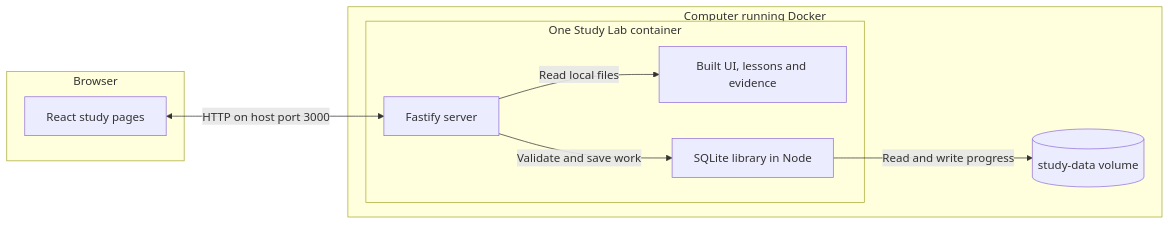
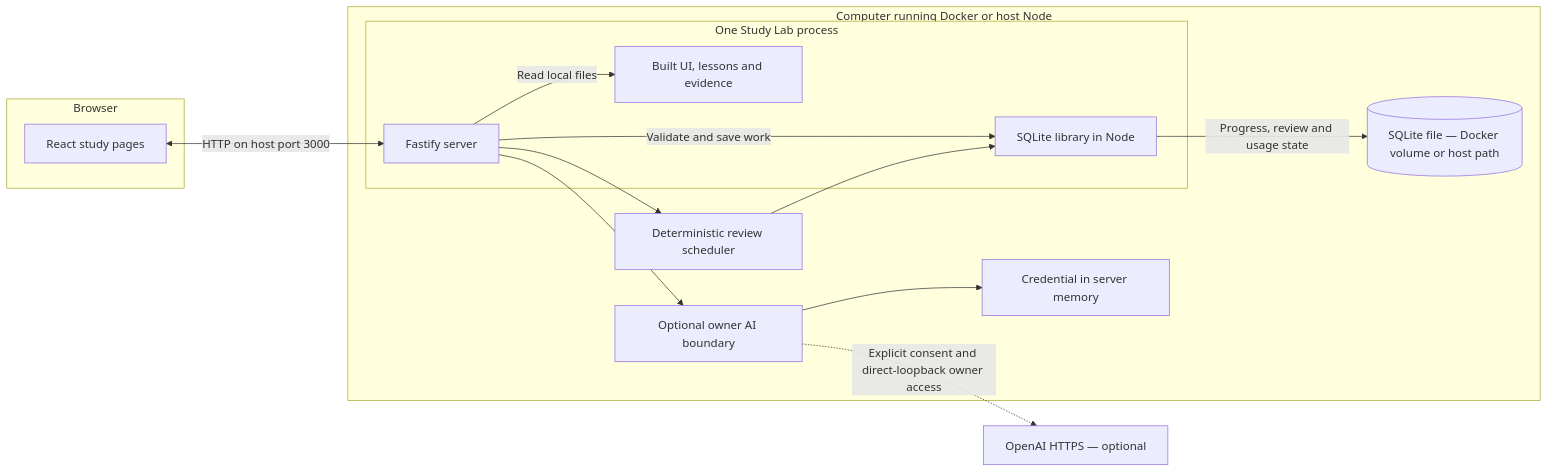
Before and after one commit to NM1na70/Study-Lab: the first of 3 diagrams in docs/architecture.md, drawn with Mermaid. The commit also changed other lines of this file and 88 other files, not shown here.

Commit message:
feat(study): expand courses and add daily quiz review and optional AI

````diff
--- a/docs/architecture.md
+++ b/docs/architecture.md
@@ -9,20 +9,28 @@
 ```mermaid
 flowchart LR
   subgraph browser["Browser"]
     ui["React study pages"]
   end
 
-  subgraph computer["Computer running Docker"]
-    subgraph container["One Study Lab container"]
+  subgraph computer["Computer running Docker or host Node"]
+    subgraph container["One Study Lab process"]
       server["Fastify server"]
       files["Built UI, lessons and evidence"]
       sqlite["SQLite library in Node"]
     end
-    data[("study-data volume")]
+    data[("SQLite file — Docker volume or host path")]
+    reviews["Deterministic review scheduler"]
+    ai["Optional owner AI boundary"]
+    key["Credential in server memory"]
   end
 
   ui <-->|"HTTP on host port 3000"| server
   server -->|"Read local files"| files
   server -->|"Validate and save work"| sqlite
-  sqlite -->|"Read and write progress"| data
+  sqlite -->|"Progress, review and usage state"| data
+  server --> reviews
+  reviews --> sqlite
+  server --> ai
+  ai --> key
+  ai -.->|"Explicit consent and direct-loopback owner access"| openai["OpenAI HTTPS — optional"]
 ```
````
